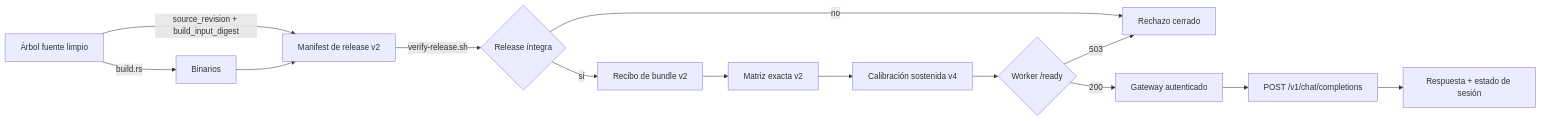
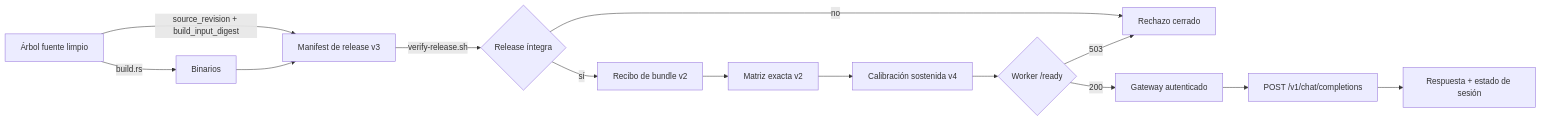
Before and after one commit to sheilyneural-afk/VK-SHEI: the first of 6 diagrams in docs/ARCHITECTURE_FLOWS.md, drawn with Mermaid. The commit also changed other lines of this file and 7 other files, not shown here.

````diff
--- a/docs/ARCHITECTURE_FLOWS.md
+++ b/docs/ARCHITECTURE_FLOWS.md
@@ -10,16 +10,16 @@
 ```mermaid
 flowchart LR
     S[Árbol fuente limpio] -->|build.rs| B[Binarios]
-    S -->|source_revision + build_input_digest| M[Manifest de release v2]
+    S -->|source_revision + build_input_digest| M[Manifest de release v3]
     B --> M
     M -->|verify-release.sh| V{Release íntegra}
     V -->|no| X[Rechazo cerrado]
     V -->|sí| R[Recibo de bundle v2]
     R --> Q[Matriz exacta v2]
     Q --> C[Calibración sostenida v4]
     C --> W{Worker /ready}
     W -->|503| X
     W -->|200| G[Gateway autenticado]
     G --> P[POST /v1/chat/completions]
     P --> E[Respuesta + estado de sesión]
 ```
````
